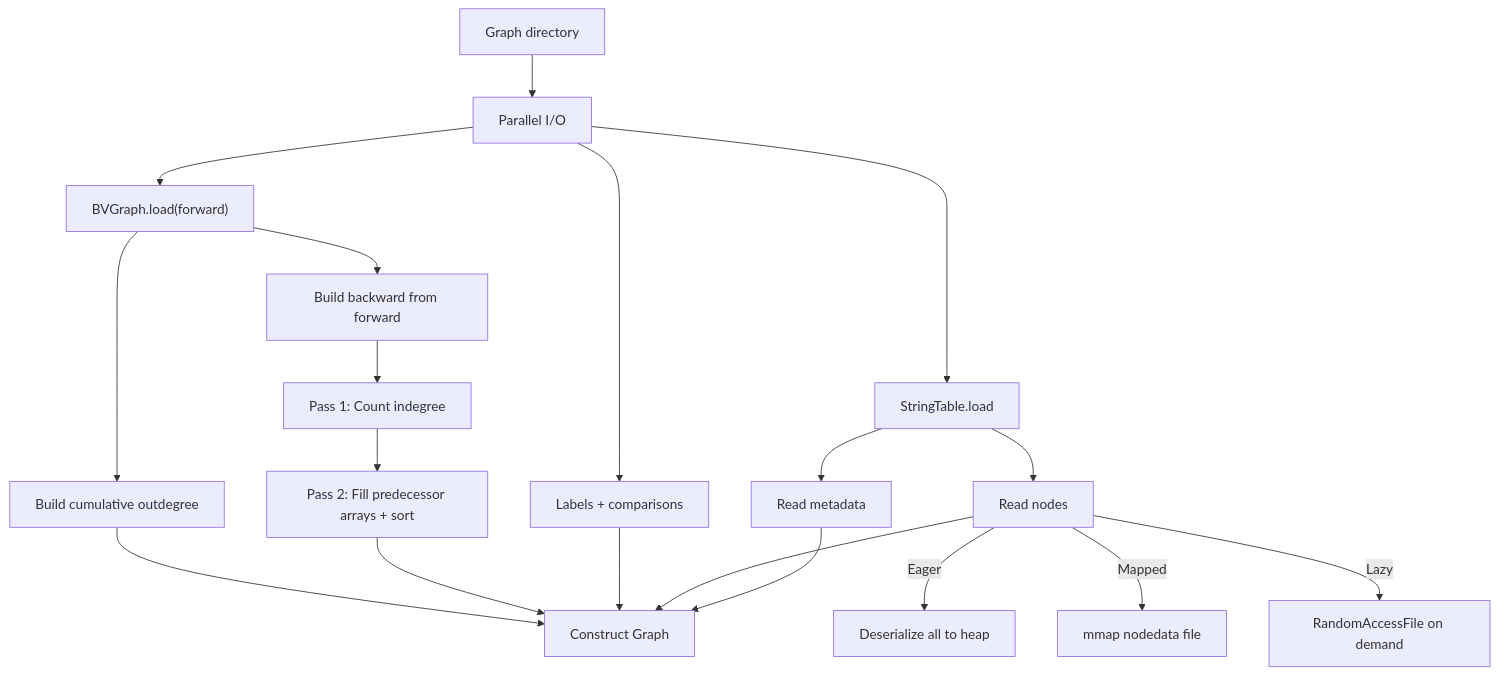
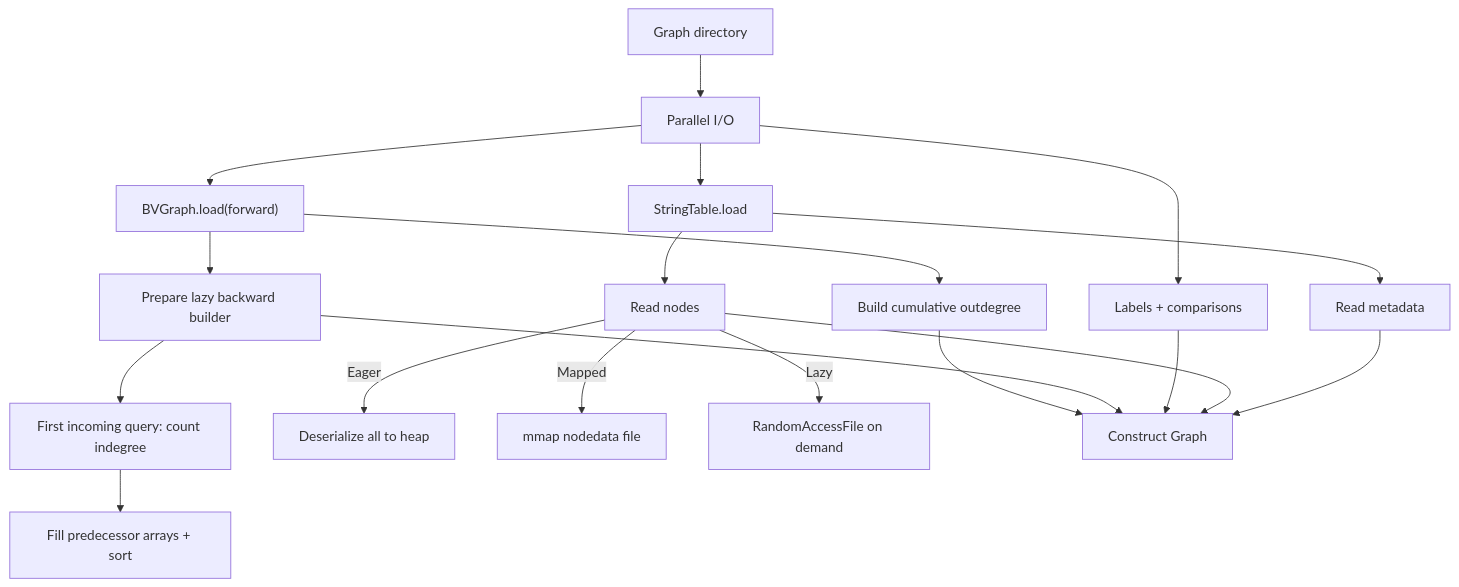
The second of 2 diagrams in docs/webgraph-storage.md (johnsonlee/graphite), drawn with Mermaid before and after one commit. The commit also changed other lines of this file and 14 other files, not shown here.

Commit message:
Optimize mapped graph load and bounded queries (#81)

````diff
--- a/docs/webgraph-storage.md
+++ b/docs/webgraph-storage.md
@@ -75,17 +77,17 @@
 ```mermaid
 graph TD
     A[Graph directory] --> B[Parallel I/O]
     B --> B1["BVGraph.load(forward)"]
     B --> B2[StringTable.load]
     B --> B3[Labels + comparisons]
     B1 --> C[Build cumulative outdegree]
-    B1 --> D[Build backward from forward]
-    D --> D1[Pass 1: Count indegree]
-    D1 --> D2[Pass 2: Fill predecessor arrays + sort]
+    B1 --> D[Prepare lazy backward builder]
+    D --> D1[First incoming query: count indegree]
+    D1 --> D2[Fill predecessor arrays + sort]
     B2 --> E[Read nodes]
     E -->|Eager| E1[Deserialize all to heap]
     E -->|Mapped| E2[mmap nodedata file]
     E -->|Lazy| E3[RandomAccessFile on demand]
     B2 --> F[Read metadata]
-    C & D2 & B3 & E & F --> G[Construct Graph]
+C & D & B3 & E & F --> G[Construct Graph]
 ```
````
